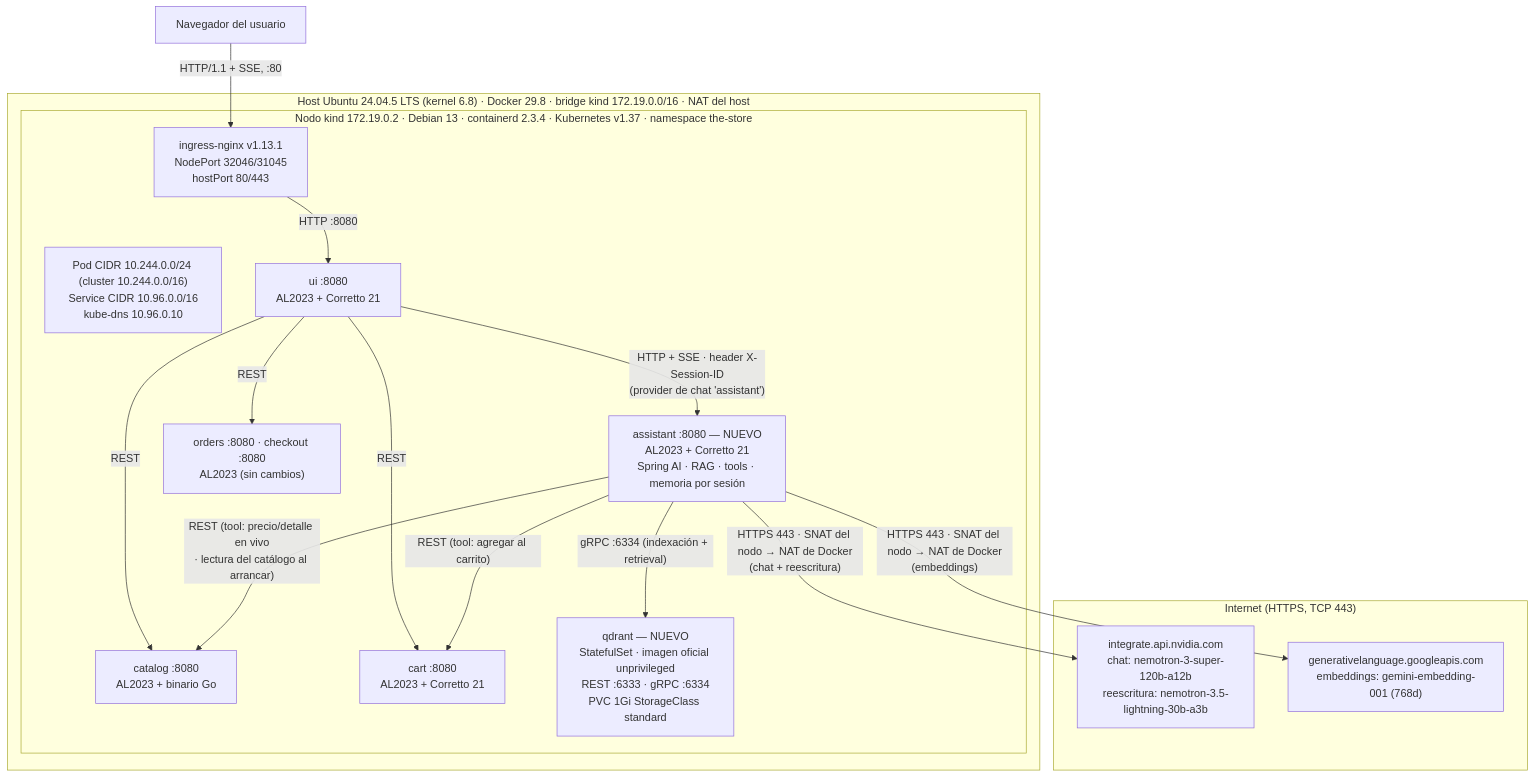
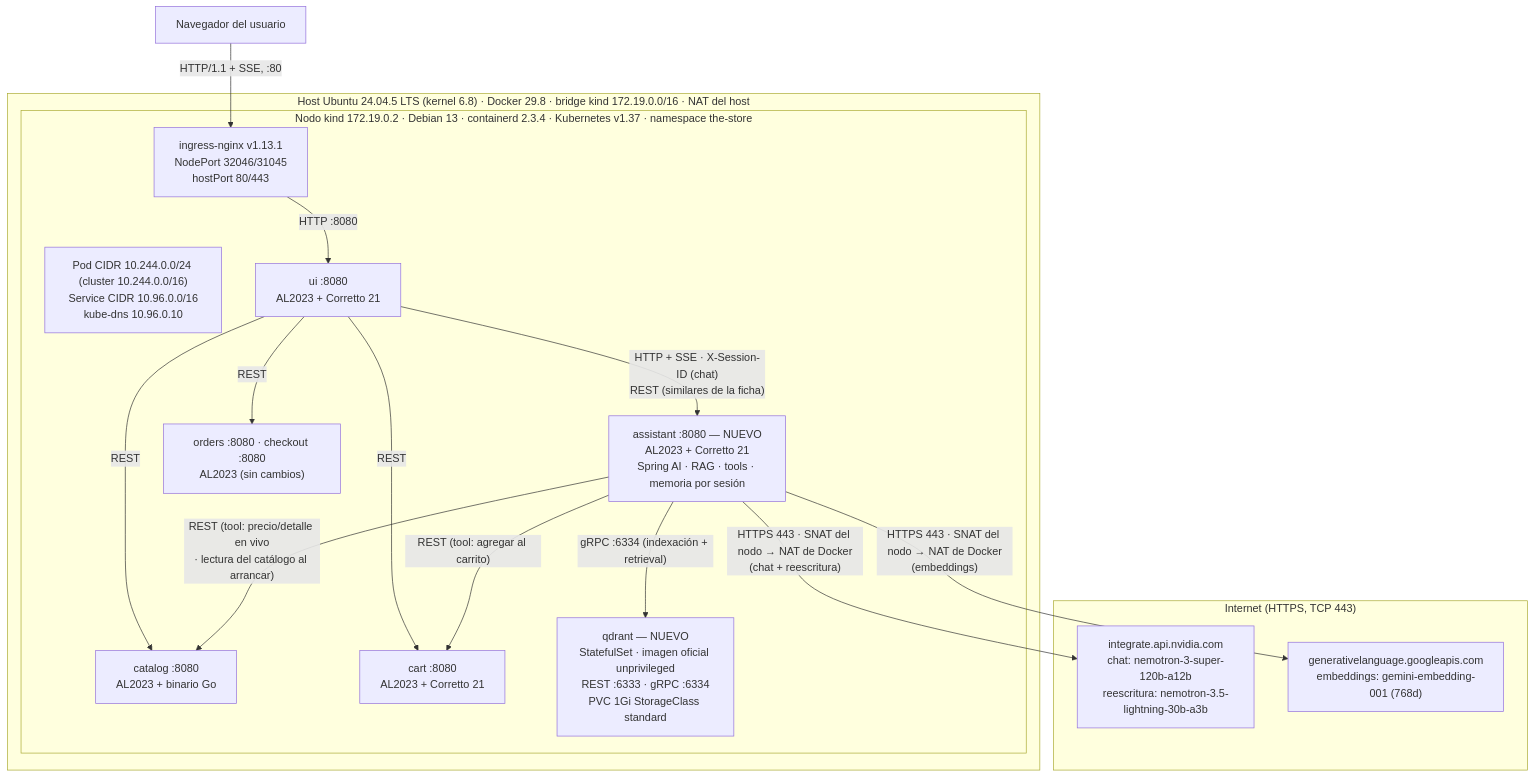
One commit to fardenghi/the-store-main changed the diagram in docs/arquitectura.md. Above: the diagram before and after it, drawn with Mermaid. The commit also changed other lines of this file and 40 other files, not shown here.

First line of the commit message:
Integrar la ui con el assistant: chat por SSE, carrito y similares

````diff
--- a/docs/arquitectura.md
+++ b/docs/arquitectura.md
@@ -31,32 +31,32 @@
 ```mermaid
 flowchart TB
   U["Navegador del usuario"]
   subgraph INTERNET["Internet (HTTPS, TCP 443)"]
     NVIDIA["integrate.api.nvidia.com<br/>chat: nemotron-3-super-120b-a12b<br/>reescritura: nemotron-3.5-lightning-30b-a3b"]
     GEMINI["generativelanguage.googleapis.com<br/>embeddings: gemini-embedding-001 (768d)"]
   end
   subgraph HOST["Host Ubuntu 24.04.5 LTS (kernel 6.8) · Docker 29.8 · bridge kind 172.19.0.0/16 · NAT del host"]
     subgraph NODE["Nodo kind 172.19.0.2 · Debian 13 · containerd 2.3.4 · Kubernetes v1.37 · namespace the-store"]
       ING["ingress-nginx v1.13.1<br/>NodePort 32046/31045<br/>hostPort 80/443"]
       NET["Pod CIDR 10.244.0.0/24 (cluster 10.244.0.0/16)<br/>Service CIDR 10.96.0.0/16<br/>kube-dns 10.96.0.10"]
       UI["ui :8080<br/>AL2023 + Corretto 21"]
       ASSIST["assistant :8080 — NUEVO<br/>AL2023 + Corretto 21<br/>Spring AI · RAG · tools · memoria por sesión"]
       CATALOG["catalog :8080<br/>AL2023 + binario Go"]
       CART["cart :8080<br/>AL2023 + Corretto 21"]
       OTROS["orders :8080 · checkout :8080<br/>AL2023 (sin cambios)"]
       QDRANT["qdrant — NUEVO<br/>StatefulSet · imagen oficial unprivileged<br/>REST :6333 · gRPC :6334<br/>PVC 1Gi StorageClass standard"]
     end
   end
   U -- "HTTP/1.1 + SSE, :80" --> ING
   ING -- "HTTP :8080" --> UI
   ING ~~~ NET
   UI -- "REST" --> CATALOG
   UI -- "REST" --> CART
   UI -- "REST" --> OTROS
-  UI -- "HTTP + SSE · header X-Session-ID<br/>(provider de chat 'assistant')" --> ASSIST
+  UI -- "HTTP + SSE · X-Session-ID (chat)<br/>REST (similares de la ficha)" --> ASSIST
   ASSIST -- "REST (tool: precio/detalle en vivo<br/>· lectura del catálogo al arrancar)" --> CATALOG
   ASSIST -- "REST (tool: agregar al carrito)" --> CART
   ASSIST -- "gRPC :6334 (indexación + retrieval)" --> QDRANT
   ASSIST -- "HTTPS 443 · SNAT del nodo → NAT de Docker<br/>(chat + reescritura)" --> NVIDIA
   ASSIST -- "HTTPS 443 · SNAT del nodo → NAT de Docker<br/>(embeddings)" --> GEMINI
 ```
````
